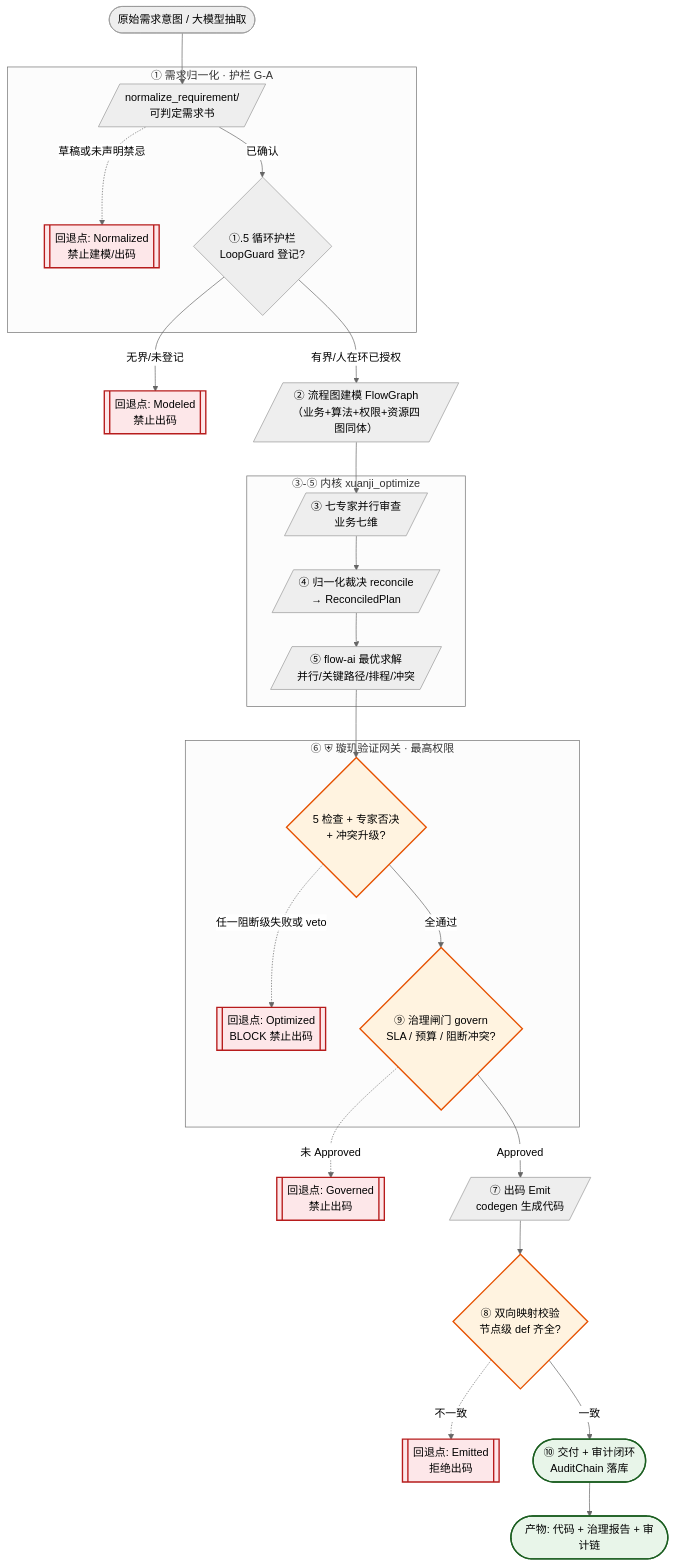
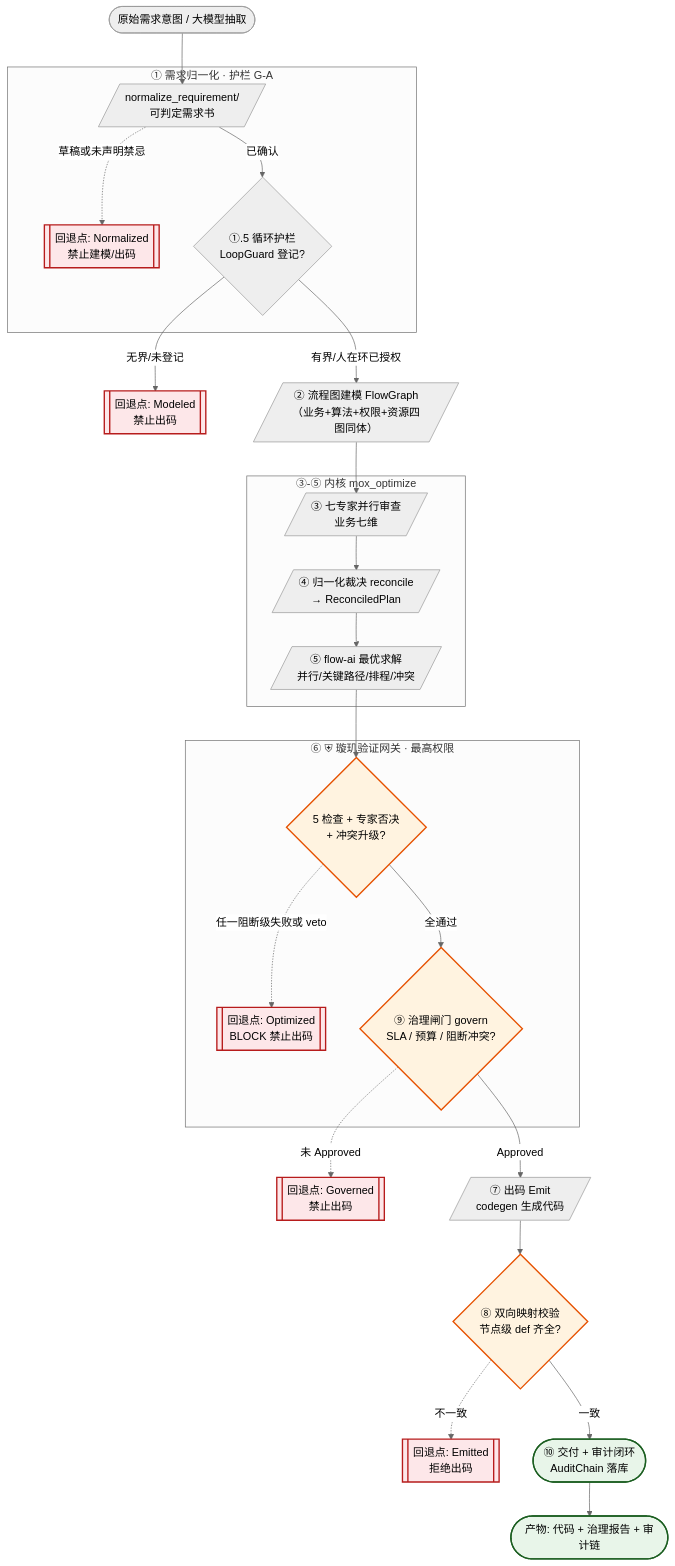
The first of 2 diagrams in docs/_archive/2026-08-16/璇玑-全维分析需求业务处理流程图.md (aikjx/mox), drawn with Mermaid (neutral theme) before and after one commit. The commit also changed other lines of this file and 560 other files, not shown here.

Commit message:
chore(docs): 将 xuanji 重命名为 mox

````diff
--- a/docs/_archive/2026-08-16/璇玑-全维分析需求业务处理流程图.md
+++ b/docs/_archive/2026-08-16/璇玑-全维分析需求业务处理流程图.md
@@ -34,48 +34,48 @@
 ```mermaid
 flowchart TD
     A([原始需求意图 / 大模型抽取]) --> N1
 
     subgraph G1[① 需求归一化 · 护栏 G-A]
         N1[/normalize_requirement/<br/>可判定需求书/]
         N1 -. 草稿或未声明禁忌 .-> R1[[回退点: Normalized<br/>禁止建模/出码]]
         N1 -->|已确认| L1
     end
 
     L1{①.5 循环护栏<br/>LoopGuard 登记?} -->|无界/未登记| R2[[回退点: Modeled<br/>禁止出码]]
     L1 -->|有界/人在环已授权| M
 
     M[/② 流程图建模 FlowGraph<br/>（业务+算法+权限+资源四图同体）/] --> E
 
-    subgraph G2[③-⑤ 内核 xuanji_optimize]
+    subgraph G2[③-⑤ 内核 mox_optimize]
         E[/③ 七专家并行审查<br/>业务七维 /] --> R
         R[/④ 归一化裁决 reconcile<br/>→ ReconciledPlan /]
         R --> O[/⑤ flow-ai 最优求解<br/>并行/关键路径/排程/冲突 /]
     end
 
     O --> V
 
     subgraph G3[⑥ ⛨ 璇玑验证网关 · 最高权限]
         V{5 检查 + 专家否决<br/>+ 冲突升级?}
         V -. 任一阻断级失败或 veto .-> R3[[回退点: Optimized<br/>BLOCK 禁止出码]]
         V -->|全通过| GT
     end
 
     GT{⑨ 治理闸门 govern<br/>SLA / 预算 / 阻断冲突?}
     GT -. 未 Approved .-> R4[[回退点: Governed<br/>禁止出码]]
     GT -->|Approved| C
 
     C[/⑦ 出码 Emit<br/>codegen 生成代码 /] --> RT
 
     RT{⑧ 双向映射校验<br/>节点级 def 齐全?}
     RT -. 不一致 .-> R5[[回退点: Emitted<br/>拒绝出码]]
     RT -->|一致| D
 
     D([⑩ 交付 + 审计闭环<br/>AuditChain 落库]) --> OUT([产物: 代码 + 治理报告 + 审计链])
 
     classDef gate fill:#fff3e0,stroke:#e65100,stroke-width:2px;
     classDef block fill:#fde7e9,stroke:#b71c1c,stroke-width:2px;
     classDef ok fill:#e8f5e9,stroke:#1b5e20,stroke-width:2px;
     class V,GT,RT gate;
     class R1,R2,R3,R4,R5 block;
     class D,OUT ok;
 ```
````
